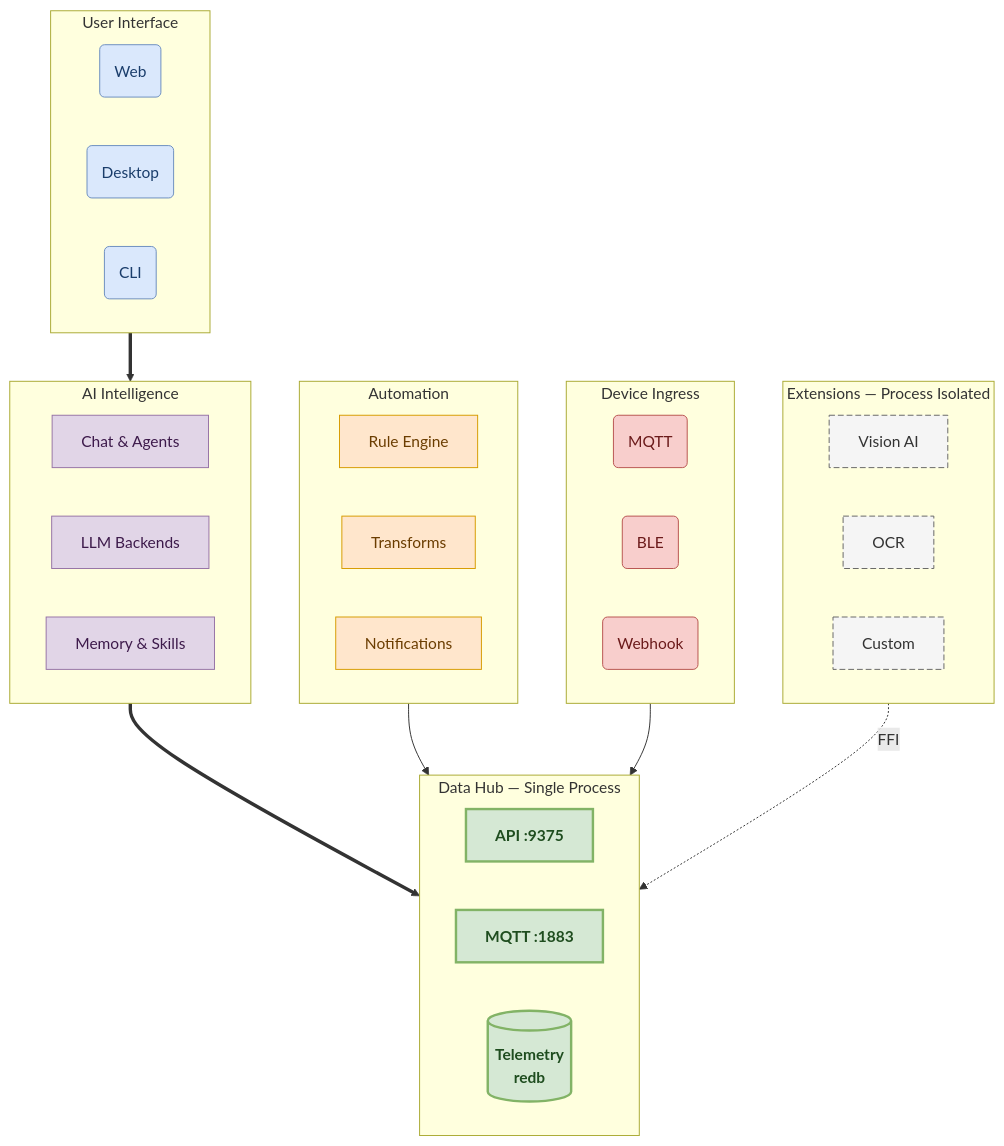
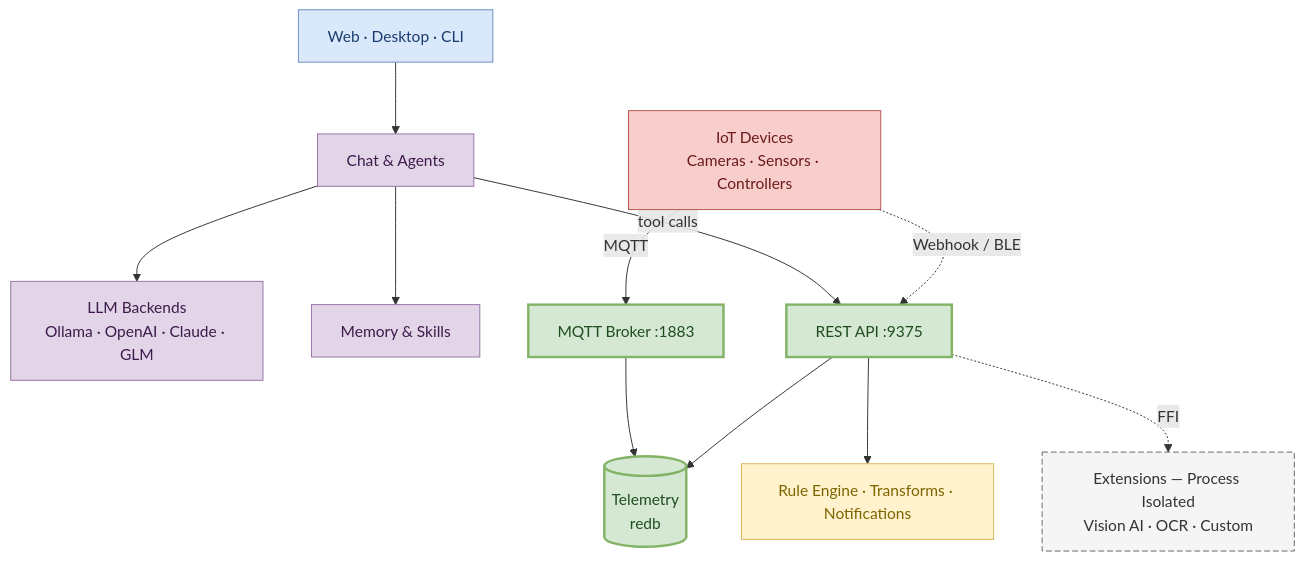
The diagram in i18n/en/docusaurus-plugin-content-docs/current/0-neomind/product-overview/1-what-is-neomind.md (luommy/wiki-documents), drawn with Mermaid before and after one commit. The commit also changed other lines of this file and 59 other files, not shown here.

````diff
--- a/i18n/en/docusaurus-plugin-content-docs/current/0-neomind/product-overview/1-what-is-neomind.md
+++ b/i18n/en/docusaurus-plugin-content-docs/current/0-neomind/product-overview/1-what-is-neomind.md
@@ -33,64 +33,43 @@
 ```mermaid
 flowchart TB
-    subgraph UI["User Interface"]
-        direction LR
-        WEB("Web")
-        DESKTOP("Desktop")
-        CLI("CLI")
-    end
+    CLIENT["Web · Desktop · CLI"]
+    CHAT["Chat & Agents"]
+    LLM["LLM Backends<br/>Ollama · OpenAI · Claude · GLM"]
+    MEM["Memory & Skills"]
 
-    subgraph AI["AI Intelligence"]
-        direction LR
-        CHAT["Chat & Agents"]
-        LLM["LLM Backends"]
-        SKILLS["Memory & Skills"]
-    end
+    API["REST API :9375"]
+    MQTT["MQTT Broker :1883"]
+    STORE[("Telemetry<br/>redb")]
+    AUTO["Rule Engine · Transforms · Notifications"]
 
-    subgraph AUTO["Automation"]
-        direction LR
-        RULE["Rule Engine"]
-        TRANSFORM["Transforms"]
-        NOTIFY["Notifications"]
-    end
+    EXT["Extensions — Process Isolated<br/>Vision AI · OCR · Custom"]
+    DEV["IoT Devices<br/>Cameras · Sensors · Controllers"]
 
-    subgraph CORE["Data Hub — Single Process"]
-        direction LR
-        API["API :9375"]
-        MQTT["MQTT :1883"]
-        STORE[("Telemetry<br/>redb")]
-    end
+    CLIENT --> CHAT
+    CHAT --> LLM
+    CHAT --> MEM
+    CHAT -->|tool calls| API
 
-    subgraph DEV["Device Ingress"]
-        direction LR
-        MQDEV("MQTT")
-        BLEDEV("BLE")
-        HOOK("Webhook")
-    end
+    DEV -->|MQTT| MQTT
+    DEV -.->|Webhook / BLE| API
 
-    subgraph EXT["Extensions — Process Isolated"]
-        direction LR
-        VISION["Vision AI"]
-        OCR["OCR"]
-        CUSTOM["Custom"]
-    end
+    MQTT --> STORE
+    API --> STORE
+    API --> AUTO
 
-    UI ==> AI
-    AI ==> CORE
-    AUTO --> CORE
-    DEV --> MQTT
-    EXT -.FFI.-> API
+    API -.->|FFI| EXT
 
-    classDef uiNode fill:#dae8fc,stroke:#6c8ebf,color:#1a3d6b
+    classDef clientNode fill:#dae8fc,stroke:#6c8ebf,color:#1a3d6b
     classDef aiNode fill:#e1d5e7,stroke:#9673a6,color:#3d1a4b
-    classDef autoNode fill:#ffe6cc,stroke:#d79b00,color:#6b3d00
-    classDef coreNode fill:#d5e8d4,stroke:#82b366,stroke-width:2.5px,font-weight:bold,color:#1f4d1f
+    classDef coreNode fill:#d5e8d4,stroke:#82b366,stroke-width:2.5px,color:#1f4d1f
+    classDef autoNode fill:#fff2cc,stroke:#d6b656,color:#7d6400
+    classDef extNode fill:#f5f5f5,stroke:#666,stroke-dasharray:6 3,color:#333
     classDef devNode fill:#f8cecc,stroke:#b85450,color:#6b1a1a
-    classDef extNode fill:#f5f5f5,stroke:#666,stroke-dasharray:6 3,color:#333
 
-    class WEB,DESKTOP,CLI uiNode
-    class CHAT,LLM,SKILLS aiNode
-    class RULE,TRANSFORM,NOTIFY autoNode
+    class CLIENT clientNode
+    class CHAT,LLM,MEM aiNode
     class API,MQTT,STORE coreNode
-    class MQDEV,BLEDEV,HOOK devNode
-    class VISION,OCR,CUSTOM extNode
+    class AUTO autoNode
+    class EXT extNode
+    class DEV devNode
 ```
````
